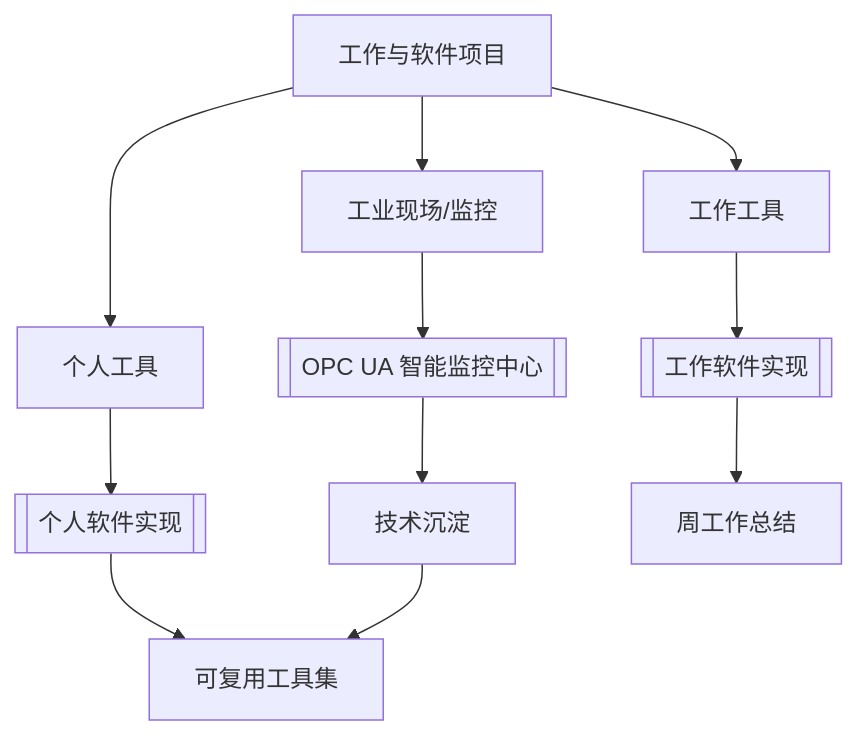
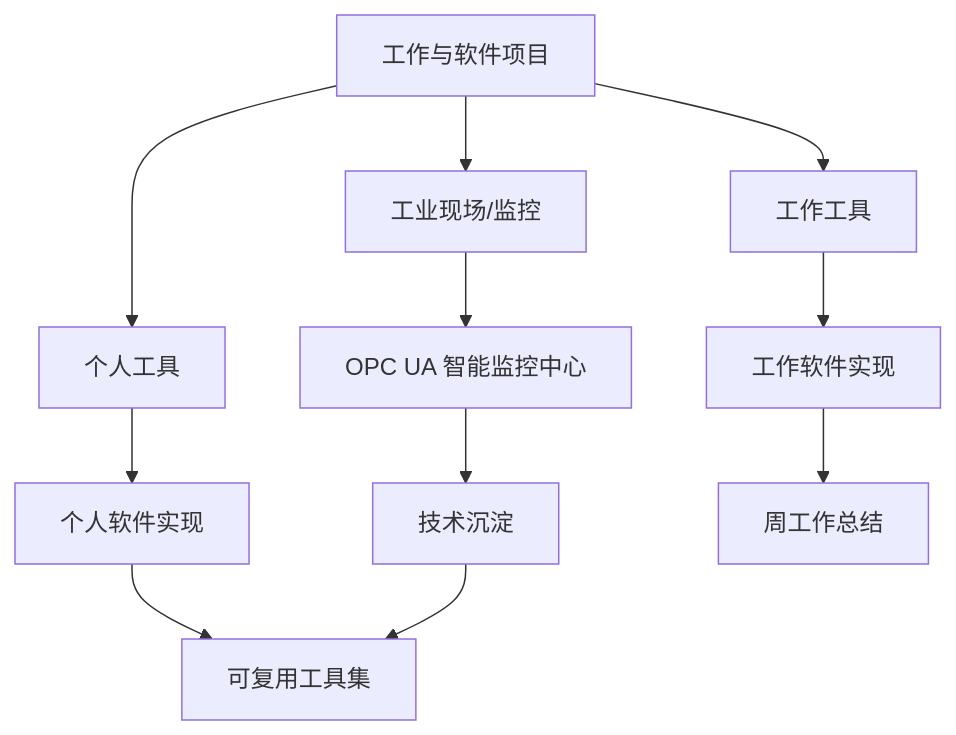
Before and after one commit to mjs618/Obsidian: the diagram in 30-工作/项目/00-项目总览.md, drawn with Mermaid. The commit also changed 43 other files, not shown here.

````diff
--- a/30-工作/项目/00-项目总览.md
+++ b/30-工作/项目/00-项目总览.md
@@ -18,15 +18,15 @@
 ```mermaid
 flowchart TD
     Work[工作与软件项目] --> Industrial[工业现场/监控]
     Work --> WorkTools[工作工具]
     Work --> PersonalTools[个人工具]
 
-    Industrial --> OPC[[OPC UA 智能监控中心]]
-    WorkTools --> WorkSoftware[[工作软件实现]]
-    PersonalTools --> PersonalSoftware[[个人软件实现]]
+    Industrial --> OPC["OPC UA 智能监控中心"]
+    WorkTools --> WorkSoftware["工作软件实现"]
+    PersonalTools --> PersonalSoftware["个人软件实现"]
 
     OPC --> Tech[技术沉淀]
     WorkSoftware --> Weekly[周工作总结]
     PersonalSoftware --> Reuse[可复用工具集]
     Tech --> Reuse
 ```
````
